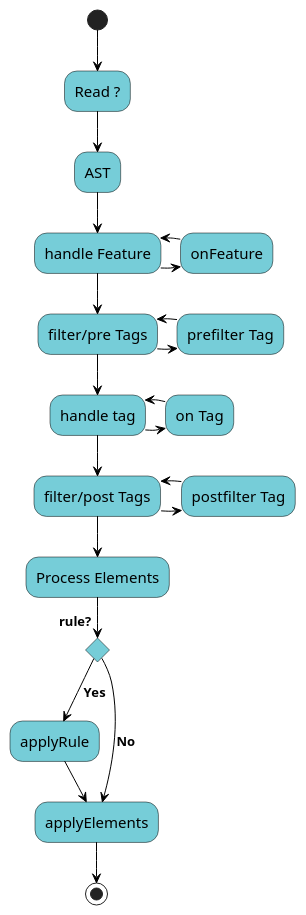
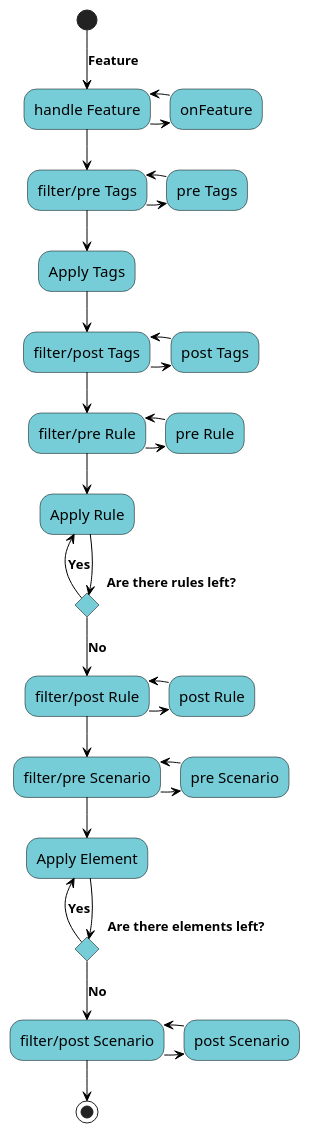
One commit to gherking/gherking-docs changed the diagram in src/data/feature.puml. Above: the diagram before and after it, drawn with PlantUML. The commit also changed 11 other files, not shown here.

Commit message:
plantuml visualization of the precompiler

```diff
--- a/src/data/feature.puml
+++ b/src/data/feature.puml
@@ -1,33 +1,43 @@
 @startuml
 skinparam activity {
 BackgroundColor #76CDD8
 ArrowColor black
 ArrowFontSize 13
 ArrowFontStyle bold
 ArrowFontName Segoe UI
 BorderColor black
 FontName Segoe UI
 FontSize 15
 }
-(*) --> "Read ?"
---> "AST"
---> "handle Feature"
+(*) -->[Feature] "handle Feature"
 -right-> "onFeature"
 -left-> "handle Feature"
 --> "filter/pre Tags"
--right-> "prefilter Tag"
+-right-> "pre Tags"
 -left-> "filter/pre Tags"
---> "handle tag"
--right-> "on Tag"
--left-> "handle tag"
+--> "Apply Tags"
 --> "filter/post Tags"
--right-> "postfilter Tag"
+-right-> "post Tags"
 -left-> "filter/post Tags"
---> "Process Elements"
-If "rule?"
---> [Yes] "applyRule"
---> "applyElements"
+--> "filter/pre Rule"
+-right-> "pre Rule"
+-left-> "filter/pre Rule"
+--> "Apply Rule"
+If "Are there rules left?"
+-left->[Yes] "Apply Rule"
 else
---> [No] "applyElements"
+--> [No] "filter/post Rule"
+-right-> "post Rule"
+-left-> "filter/post Rule"
+--> "filter/pre Scenario"
+-right-> "pre Scenario"
+-left-> "filter/pre Scenario"
+--> "Apply Element"
+If "Are there elements left?"
+-left->[Yes] "Apply Element"
+else
+-->[No] "filter/post Scenario"
+-right-> "post Scenario"
+-left-> "filter/post Scenario"
 --> (*)
 @enduml
```
